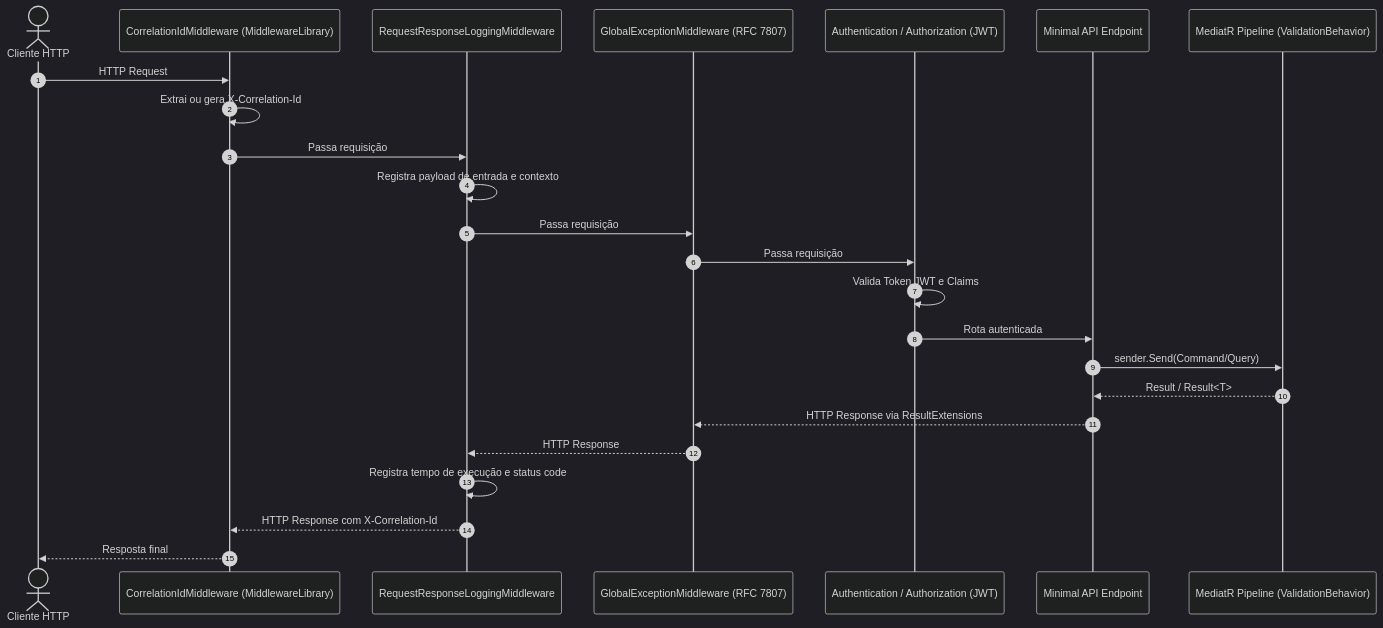
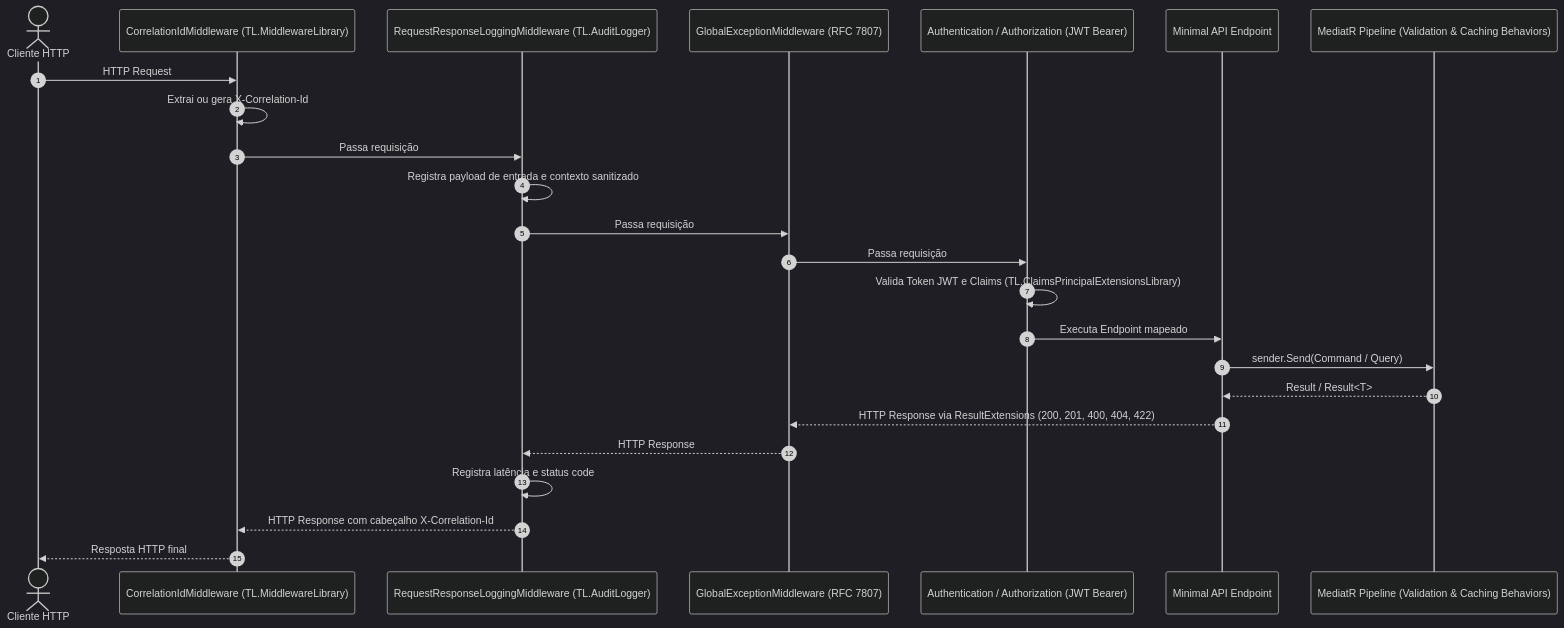
Before and after one commit to thaylonlopes/TL.ResilientCore: the third of 4 diagrams in docs/arquitetura/visao-geral.md, drawn with Mermaid (dark theme). The commit also changed other lines of this file and 7 other files, not shown here.

````diff
--- a/docs/arquitetura/visao-geral.md
+++ b/docs/arquitetura/visao-geral.md
@@ -71,27 +73,27 @@
 ```mermaid
 sequenceDiagram
     autonumber
     actor Cliente as Cliente HTTP
-    participant Corr as CorrelationIdMiddleware (MiddlewareLibrary)
-    participant Log as RequestResponseLoggingMiddleware
+    participant Corr as CorrelationIdMiddleware (TL.MiddlewareLibrary)
+    participant Log as RequestResponseLoggingMiddleware (TL.AuditLogger)
     participant Ex as GlobalExceptionMiddleware (RFC 7807)
-    participant Auth as Authentication / Authorization (JWT)
+    participant Auth as Authentication / Authorization (JWT Bearer)
     participant Endp as Minimal API Endpoint
-    participant MediatR as MediatR Pipeline (ValidationBehavior)
+    participant MediatR as MediatR Pipeline (Validation & Caching Behaviors)
 
     Cliente->>Corr: HTTP Request
     Corr->>Corr: Extrai ou gera X-Correlation-Id
     Corr->>Log: Passa requisição
-    Log->>Log: Registra payload de entrada e contexto
+    Log->>Log: Registra payload de entrada e contexto sanitizado
     Log->>Ex: Passa requisição
     Ex->>Auth: Passa requisição
-    Auth->>Auth: Valida Token JWT e Claims
-    Auth->>Endp: Rota autenticada
-    Endp->>MediatR: sender.Send(Command/Query)
+    Auth->>Auth: Valida Token JWT e Claims (TL.ClaimsPrincipalExtensionsLibrary)
+    Auth->>Endp: Executa Endpoint mapeado
+    Endp->>MediatR: sender.Send(Command / Query)
     MediatR-->>Endp: Result / Result<T>
-    Endp-->>Ex: HTTP Response via ResultExtensions
+    Endp-->>Ex: HTTP Response via ResultExtensions (200, 201, 400, 404, 422)
     Ex-->>Log: HTTP Response
-    Log->>Log: Registra tempo de execução e status code
-    Log-->>Corr: HTTP Response com X-Correlation-Id
-    Corr-->>Cliente: Resposta final
+    Log->>Log: Registra latência e status code
+    Log-->>Corr: HTTP Response com cabeçalho X-Correlation-Id
+    Corr-->>Cliente: Resposta HTTP final
 ```
````
